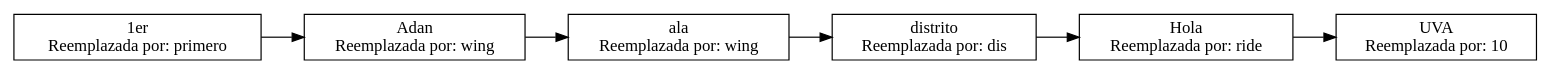
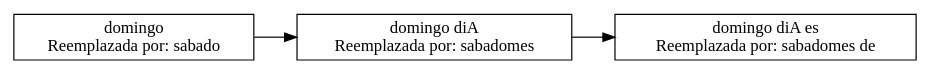
Before and after one commit to RonaldOrdonez/EDD_1S2020_P1_201314564: the diagram in listaPalabrasBuscadas.dot, drawn with Graphviz. The commit also changed 24 other files, not shown here.

```diff
--- a/listaPalabrasBuscadas.dot
+++ b/listaPalabrasBuscadas.dot
@@ -1,15 +1,9 @@
 digraph listaPalabrasBuscadas{ 
 rankdir=LR; 
 node[shape=record]; 
-node0[label="1er\nReemplazada por: primero"]; 
+node0[label=" domingo\nReemplazada por:  sabado"]; 
 node0->node1; 
-node1[label="Adan\nReemplazada por: wing"]; 
+node1[label=" domingo diA\nReemplazada por:  sabadomes"]; 
 node1->node2; 
-node2[label="ala\nReemplazada por: wing"]; 
-node2->node3; 
-node3[label="distrito\nReemplazada por: dis"]; 
-node3->node4; 
-node4[label="Hola\nReemplazada por: ride"]; 
-node4->node5; 
-node5[label="UVA\nReemplazada por: 10"]; 
+node2[label=" domingo diA es\nReemplazada por:  sabadomes de"]; 
 }
```
